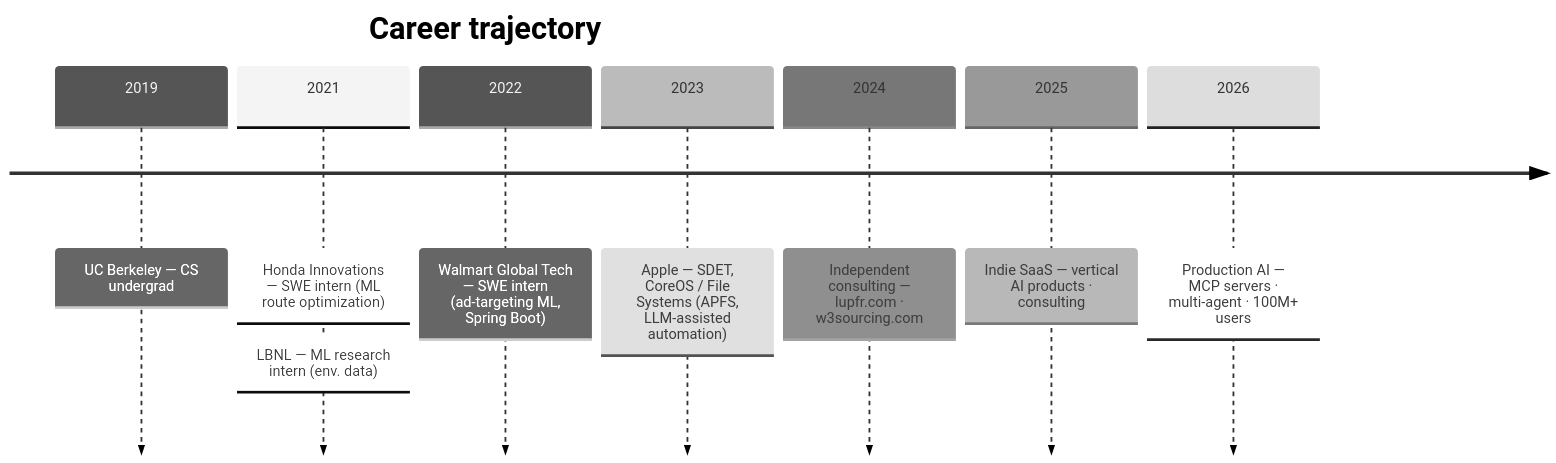
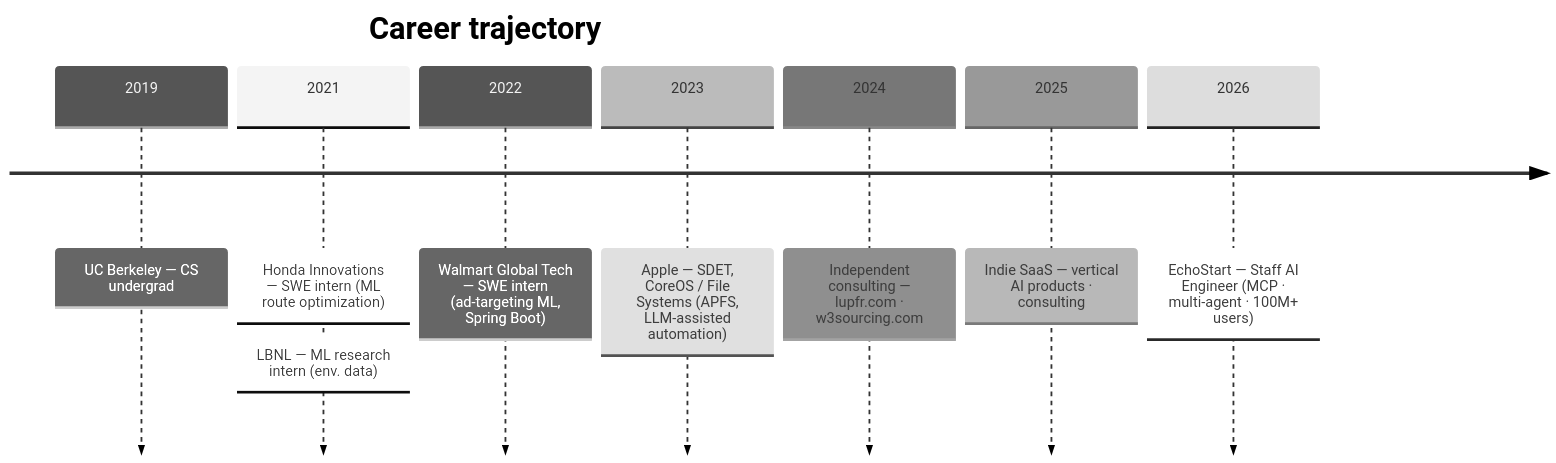
One commit to ml-lubich/ml-lubich changed the second of 3 diagrams in README.md. Above: the diagram before and after it, drawn with Mermaid (neutral theme). The commit also changed other lines of this file and 1 other file, not shown here.

First line of the commit message:
docs(profile): Staff AI Engineer at EchoStart

````diff
--- a/README.md
+++ b/README.md
@@ -137,12 +138,12 @@
 ```mermaid
 timeline
     title Career trajectory
     2019 : UC Berkeley — CS undergrad
     2021 : Honda Innovations — SWE intern (ML route optimization)
          : LBNL — ML research intern (env. data)
     2022 : Walmart Global Tech — SWE intern (ad-targeting ML, Spring Boot)
     2023 : Apple — SDET, CoreOS / File Systems (APFS, LLM-assisted automation)
     2024 : Independent consulting — lupfr.com · w3sourcing.com
     2025 : Indie SaaS — vertical AI products · consulting
-    2026 : Production AI — MCP servers · multi-agent · 100M+ users
+    2026 : EchoStart — Staff AI Engineer (MCP · multi-agent · 100M+ users)
 ```
````
